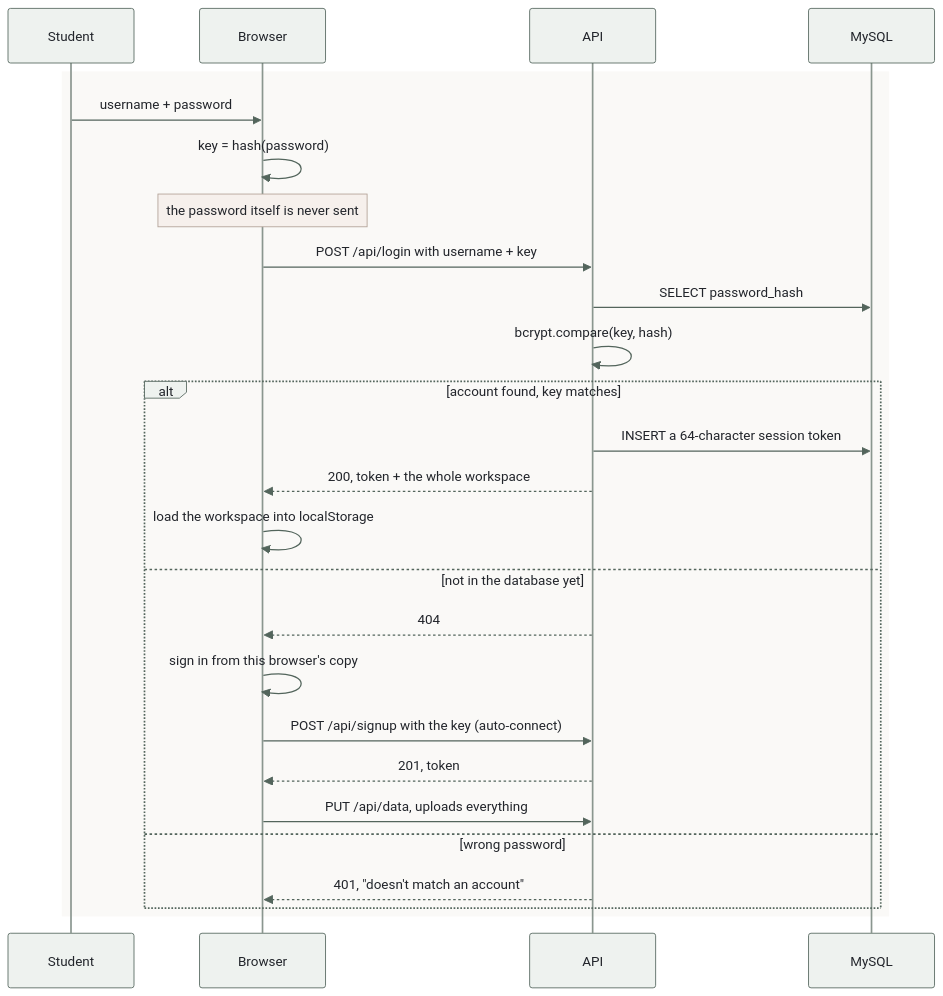
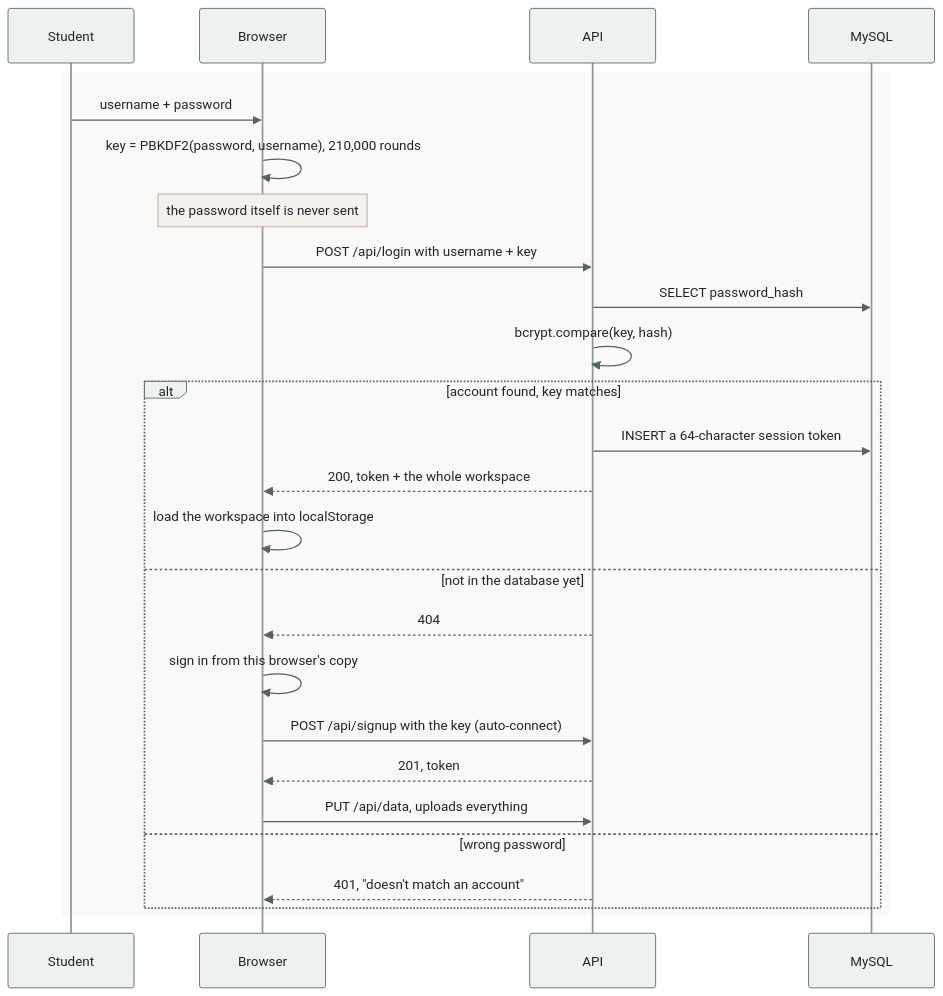
One commit to Manan-2007/Synora changed the sixth of 7 diagrams in README.md. Above: the diagram before and after it, drawn with Mermaid. The commit also changed other lines of this file and 18 other files, not shown here.

````diff
--- a/README.md
+++ b/README.md
@@ -441,29 +448,29 @@
 ```mermaid
 %%{init: {"theme": "base", "themeVariables": {"fontFamily": "Inter, -apple-system, Segoe UI, sans-serif", "actorBkg": "#EEF2EF", "actorBorder": "#53655C", "actorTextColor": "#22252B", "actorLineColor": "#8A968F", "signalColor": "#53655C", "signalTextColor": "#22252B", "noteBkgColor": "#F6F0EC", "noteBorderColor": "#B09F95", "noteTextColor": "#22252B", "labelBoxBkgColor": "#EEF2EF", "labelBoxBorderColor": "#53655C", "labelTextColor": "#22252B", "loopTextColor": "#22252B"}}}%%
 sequenceDiagram
     participant S as Student
     participant B as Browser
     participant A as API
     participant D as MySQL
     rect rgb(250, 249, 247)
     S->>B: username + password
-    B->>B: key = hash(password)
+    B->>B: key = PBKDF2(password, username), 210,000 rounds
     Note over B: the password itself is never sent
     B->>A: POST /api/login with username + key
     A->>D: SELECT password_hash
     A->>A: bcrypt.compare(key, hash)
     alt account found, key matches
         A->>D: INSERT a 64-character session token
         A-->>B: 200, token + the whole workspace
         B->>B: load the workspace into localStorage
     else not in the database yet
         A-->>B: 404
         B->>B: sign in from this browser's copy
         B->>A: POST /api/signup with the key (auto-connect)
         A-->>B: 201, token
         B->>A: PUT /api/data, uploads everything
     else wrong password
         A-->>B: 401, "doesn't match an account"
     end
     end
 ```
````
